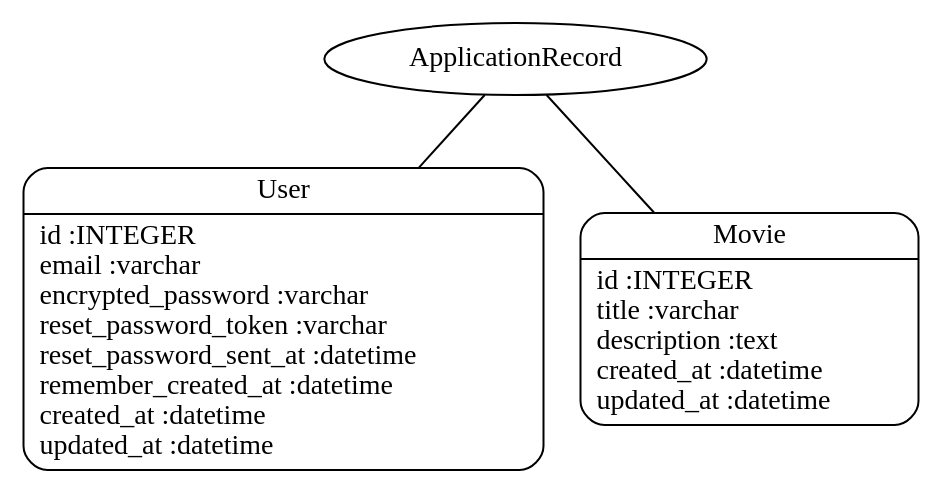
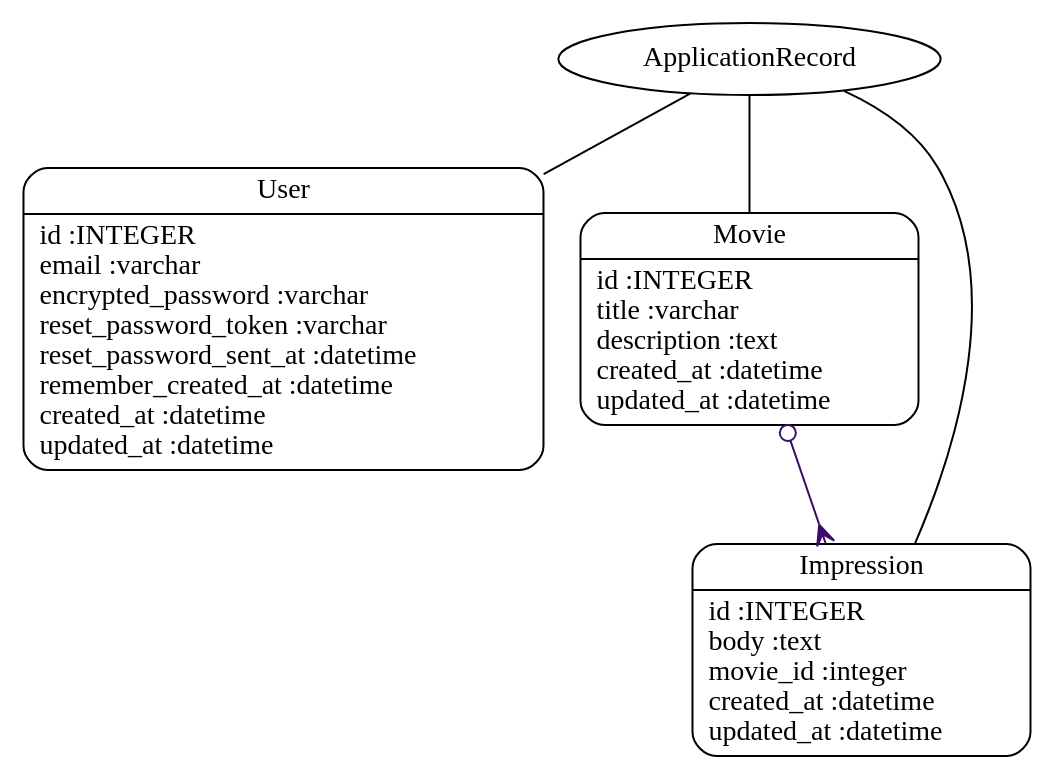
One commit to MykolaSubota/Discussion-of-movies changed the diagram in full_models.dot. Above: the diagram before and after it, drawn with Graphviz. The commit also changed 21 other files, not shown here.

```diff
--- a/full_models.dot
+++ b/full_models.dot
@@ -1,8 +1,11 @@
 digraph models_diagram {
 	graph[overlap=false, splines=true, bgcolor="none"]
 	"User" [shape=Mrecord, label="{User|id :INTEGER\lemail :varchar\lencrypted_password :varchar\lreset_password_token :varchar\lreset_password_sent_at :datetime\lremember_created_at :datetime\lcreated_at :datetime\lupdated_at :datetime\l}"]
 	"ApplicationRecord" []
 	"Movie" [shape=Mrecord, label="{Movie|id :INTEGER\ltitle :varchar\ldescription :text\lcreated_at :datetime\lupdated_at :datetime\l}"]
+	"Impression" [shape=Mrecord, label="{Impression|id :INTEGER\lbody :text\lmovie_id :integer\lcreated_at :datetime\lupdated_at :datetime\l}"]
 	"ApplicationRecord" -> "User" [label="", arrowhead="none", arrowtail="onormal"]
+	"Movie" -> "Impression" [arrowtail=odot, arrowhead=crow, dir=both color="#3C0D6A"]
 	"ApplicationRecord" -> "Movie" [label="", arrowhead="none", arrowtail="onormal"]
+	"ApplicationRecord" -> "Impression" [label="", arrowhead="none", arrowtail="onormal"]
 }
```
